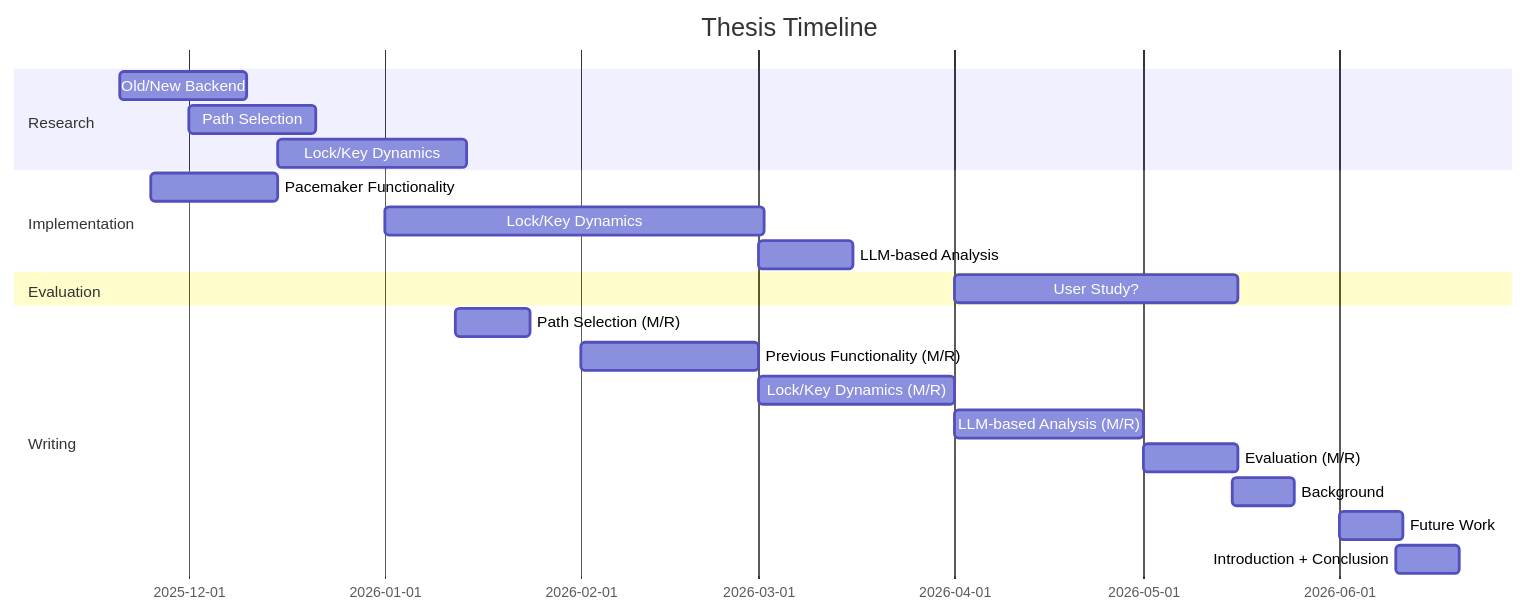
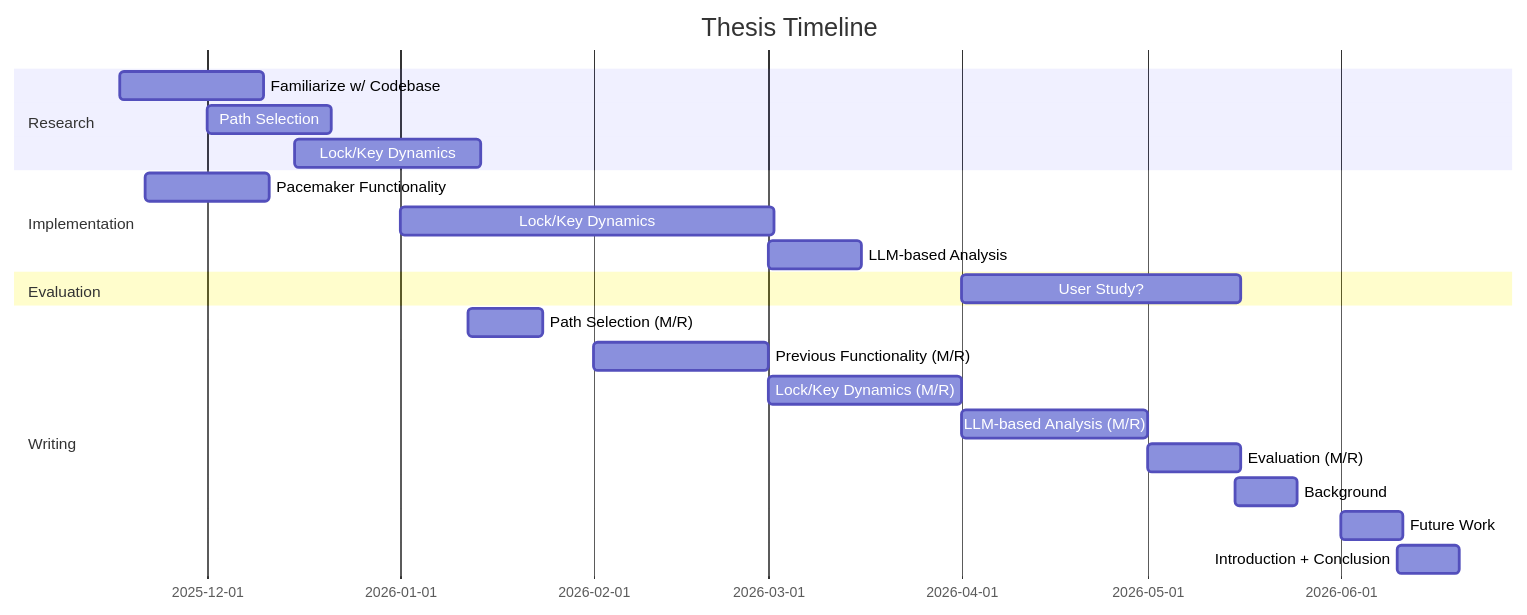
Before and after one commit to bowl-of-rais/ma-thesis: the diagram in ma-notes/timeline.md, drawn with Mermaid. The commit also changed 50 other files, not shown here.

````diff
--- a/ma-notes/timeline.md
+++ b/ma-notes/timeline.md
@@ -2,24 +2,24 @@
 ```mermaid
 gantt
     title Thesis Timeline
     dateFormat YYYY-MM-DD
     section Research
-        Old/New Backend          :2025-11-20, 20d
+        Familiarize w/ Codebase  :2025-11-17, 23d
         Path Selection           :2025-12-01, 20d
         Lock/Key Dynamics        :2025-12-15, 30d
     section Implementation
-        Pacemaker Functionality  :2025-11-25, 20d
+        Pacemaker Functionality  :2025-11-21, 20d
         Lock/Key Dynamics        :2026-01-01, 60d
         LLM-based Analysis       :2026-03-01, 15d
     section Evaluation
 	    User Study?              :2026-04-01, 45d
     section Writing
         Path Selection (M/R)          :2026-01-12, 12d
         Previous Functionality (M/R)  :2026-02-01, 28d
         Lock/Key Dynamics (M/R)       :2026-03-01, 31d
         LLM-based Analysis (M/R)      :2026-04-01, 30d
         Evaluation (M/R)              :2026-05-01, 15d
         Background                    :2026-05-15, 10d
         Future Work                   :2026-06-01, 10d
         Introduction + Conclusion     :2026-06-10, 10d
 ```
````
